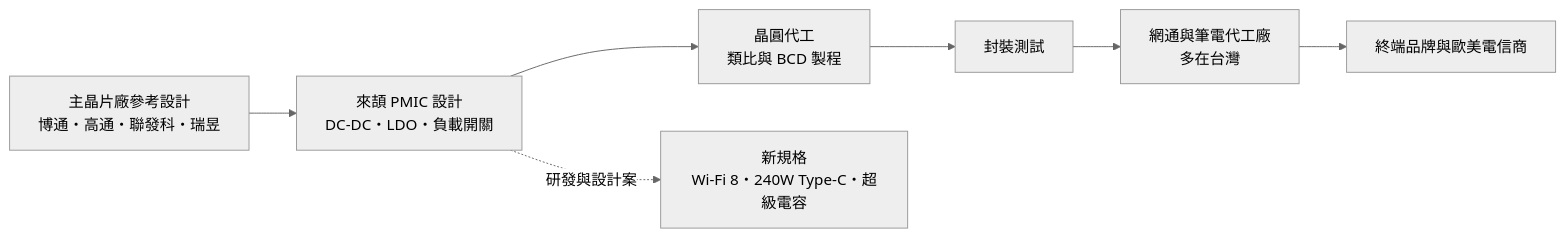
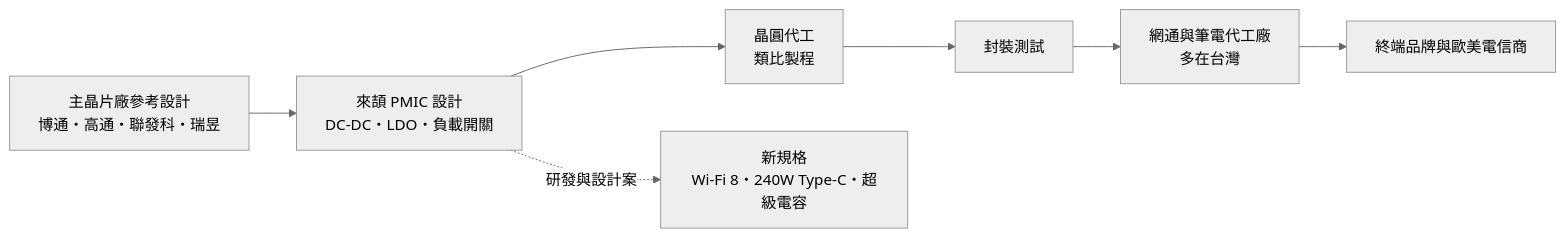
One commit to wangnick1004/taiwan-stock-vault changed the second of 4 diagrams in 個股/台股/6799來頡.md. Above: the diagram before and after it, drawn with Mermaid (neutral theme). The commit also changed other lines of this file and 52 other files, not shown here.

````diff
--- a/個股/台股/6799來頡.md
+++ b/個股/台股/6799來頡.md
@@ -69,9 +69,9 @@
 ```mermaid
 flowchart LR
     A["主晶片廠參考設計<br/>博通・高通・聯發科・瑞昱"] --> B["來頡 PMIC 設計<br/>DC-DC・LDO・負載開關"]
-    B --> C["晶圓代工<br/>類比與 BCD 製程"]
+    B --> C["晶圓代工<br/>類比製程"]
     C --> D[封裝測試]
     D --> E["網通與筆電代工廠<br/>多在台灣"]
     E --> F["終端品牌與歐美電信商"]
     B -. 研發與設計案 .-> G["新規格<br/>Wi-Fi 8・240W Type-C・超級電容"]
 ```
````
